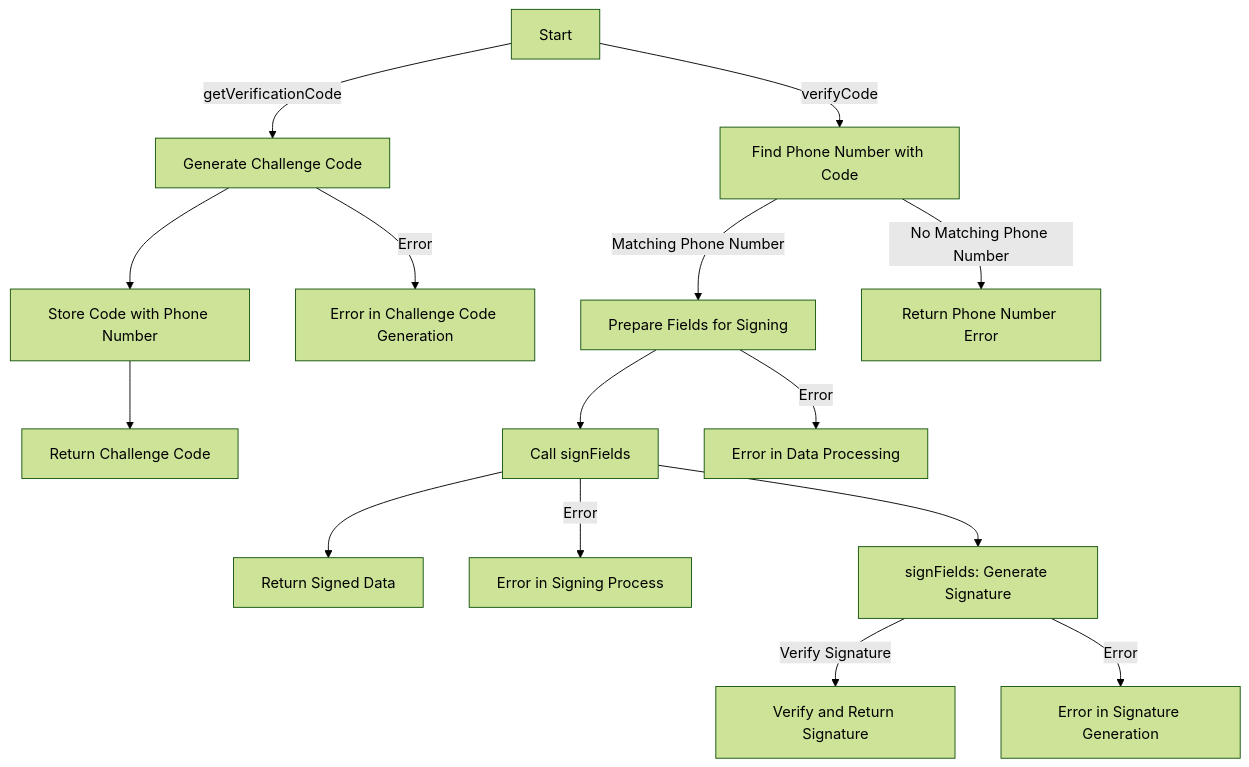
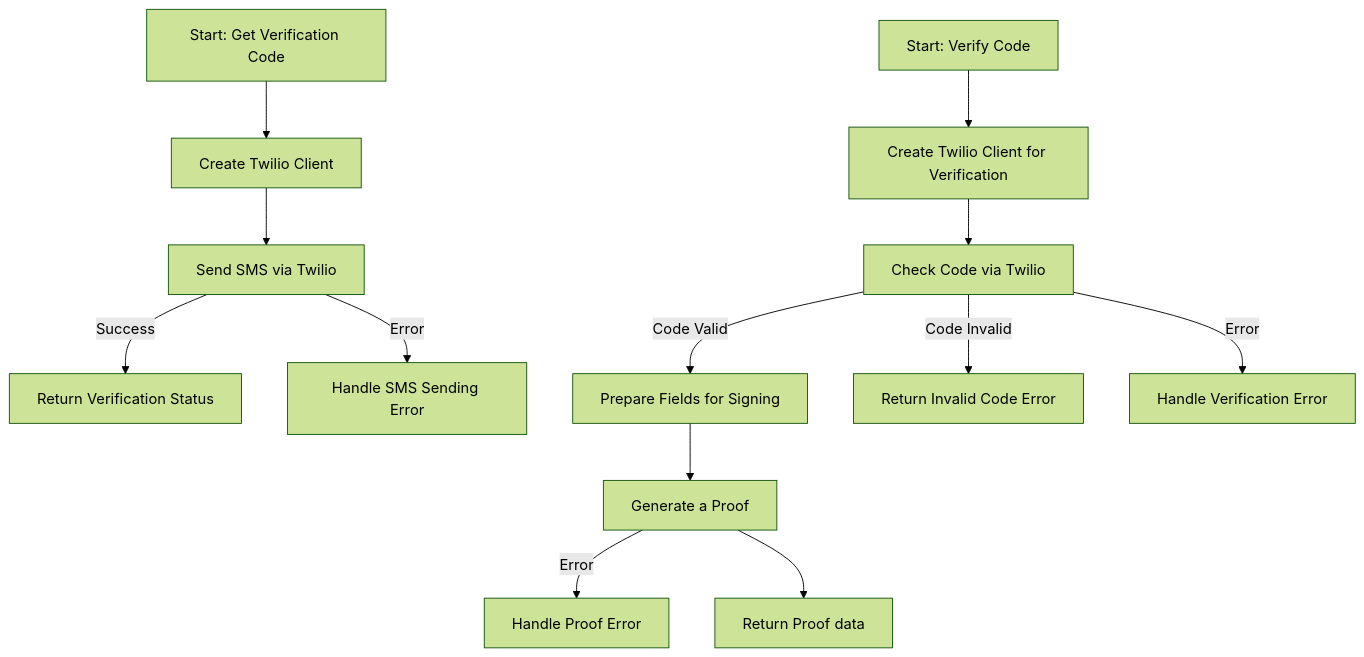
One commit to zguesmi/PRENDICO changed the third of 5 diagrams in README.md. Above: the diagram before and after it, drawn with Mermaid (forest theme). The commit also changed other lines of this file, not shown here.

Commit message:
update apis

````diff
--- a/README.md
+++ b/README.md
@@ -119,21 +119,16 @@
 ```mermaid
 graph TD
-    A[Start] -->|getVerificationCode| C[Generate Challenge Code]
-    C --> D[Store Code with Phone Number]
-    D --> E[Return Challenge Code]
-    C -->|Error| F[Error in Challenge Code Generation]
+    A[Start: Get Verification Code] --> B[Create Twilio Client]
+    B --> C[Send SMS via Twilio]
+    C -->|Success| D[Return Verification Status]
+    C -->|Error| E[Handle SMS Sending Error]
 
-    A -->|verifyCode| G[Find Phone Number with Code]
-    G -->|Matching Phone Number| H[Prepare Fields for Signing]
-    G -->|No Matching Phone Number| I[Return Phone Number Error]
-    H --> J[Call signFields]
-    J --> K[Return Signed Data]
-    J -->|Error| L[Error in Signing Process]
-    H -->|Error| M[Error in Data Processing]
-
-    J --> N[signFields: Generate Signature]
-    N -->|Verify Signature| O[Verify and Return Signature]
-    N -->|Error| P[Error in Signature Generation]
-
-
+    F[Start: Verify Code] --> G[Create Twilio Client for Verification]
+    G --> H[Check Code via Twilio]
+    H -->|Code Valid| I[Prepare Fields for Signing]
+    H -->|Code Invalid| J[Return Invalid Code Error]
+    I --> K[Generate a Proof]
+    K -->|Error| L[Handle Proof Error]
+    K --> M[Return Proof data]
+    H -->|Error| N[Handle Verification Error]
 ```
````
